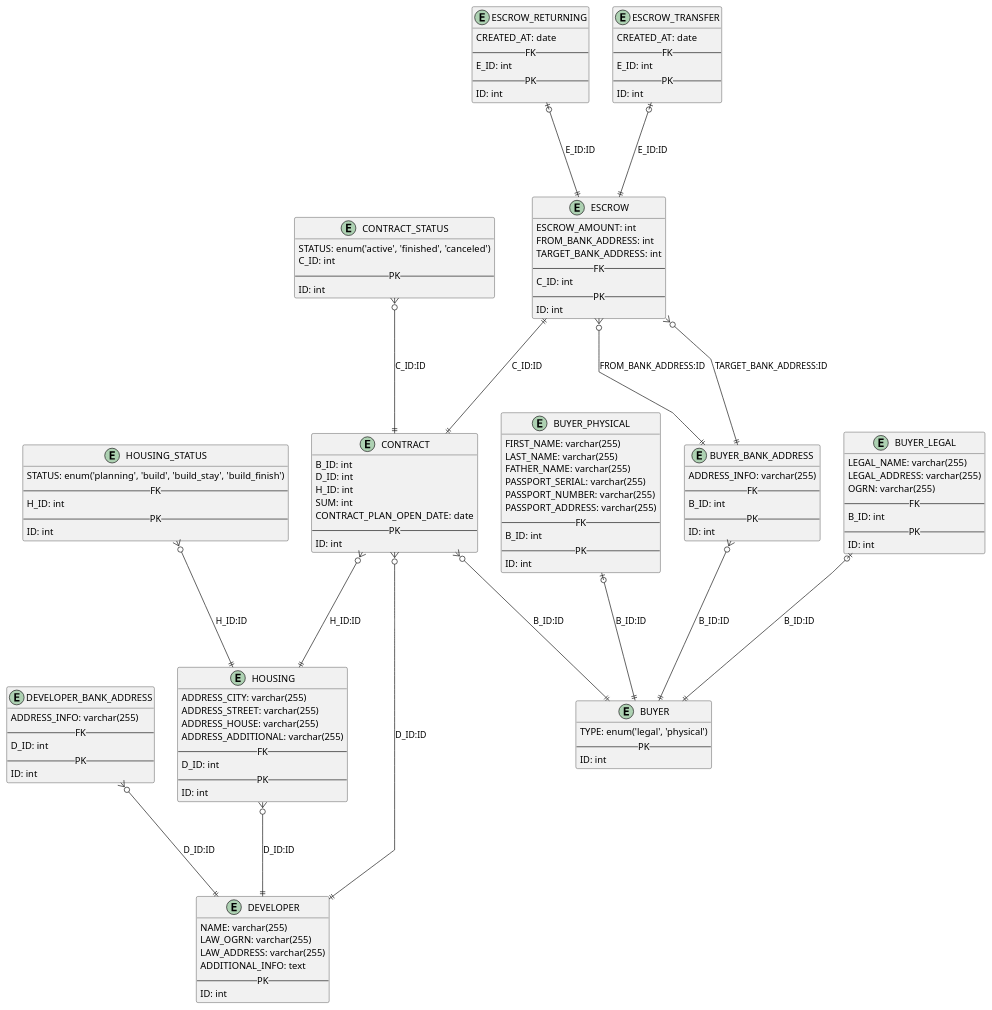
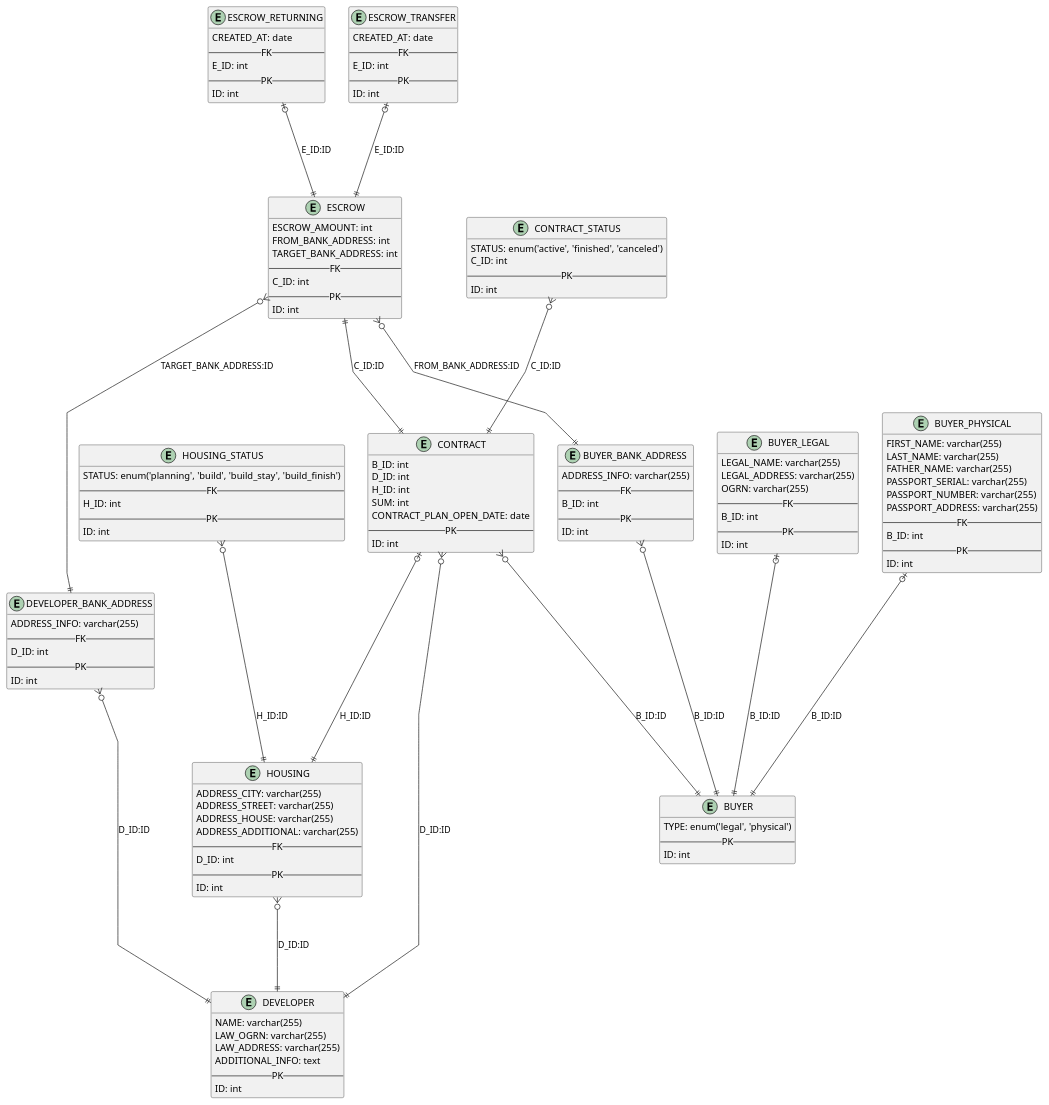
The diagram in datalogic.puml (a8fd65f76af502141ac8d5da1248c0e0/profi-se-2024-1), drawn with PlantUML before and after one commit. The commit also changed 5 other files, not shown here.

```diff
--- a/datalogic.puml
+++ b/datalogic.puml
@@ -1,131 +1,131 @@
 @startuml
 
 skinparam lineType polyline
 skinparam entity {
     BackgroundColor White
     BorderColor Black
     ArrowColor Black
 }
 
 entity BUYER {
    TYPE: enum('legal', 'physical')
    --PK--
    ID: int
 }
 entity BUYER_BANK_ADDRESS {
    ADDRESS_INFO: varchar(255)
    --FK--
    B_ID: int
    --PK--
    ID: int
 }
 entity BUYER_LEGAL {
    LEGAL_NAME: varchar(255)
    LEGAL_ADDRESS: varchar(255)
    OGRN: varchar(255)
    --FK--
    B_ID: int
    --PK--
    ID: int
 }
 entity BUYER_PHYSICAL {
    FIRST_NAME: varchar(255)
    LAST_NAME: varchar(255)
    FATHER_NAME: varchar(255)
    PASSPORT_SERIAL: varchar(255)
    PASSPORT_NUMBER: varchar(255)
    PASSPORT_ADDRESS: varchar(255)
    --FK--
    B_ID: int
    --PK--
    ID: int
 }
 entity CONTRACT {
    B_ID: int
    D_ID: int
    H_ID: int
    SUM: int
    CONTRACT_PLAN_OPEN_DATE: date
    --PK--
    ID: int
 }
 entity CONTRACT_STATUS {
    STATUS: enum('active', 'finished', 'canceled')
    C_ID: int
    --PK--
    ID: int
 }
 entity DEVELOPER {
    NAME: varchar(255)
    LAW_OGRN: varchar(255)
    LAW_ADDRESS: varchar(255)
    ADDITIONAL_INFO: text
    --PK--
    ID: int
 }
 entity DEVELOPER_BANK_ADDRESS {
    ADDRESS_INFO: varchar(255)
    --FK--
    D_ID: int
    --PK--
    ID: int
 }
 entity ESCROW {
    ESCROW_AMOUNT: int
    FROM_BANK_ADDRESS: int
    TARGET_BANK_ADDRESS: int
    --FK--
    C_ID: int
    --PK--
    ID: int
 }
 entity ESCROW_RETURNING {
    CREATED_AT: date
    --FK--
    E_ID: int
    --PK--
    ID: int
 }
 entity ESCROW_TRANSFER {
    CREATED_AT: date
    --FK--
    E_ID: int
    --PK--
    ID: int
 }
 entity HOUSING {
    ADDRESS_CITY: varchar(255)
    ADDRESS_STREET: varchar(255)
    ADDRESS_HOUSE: varchar(255)
    ADDRESS_ADDITIONAL: varchar(255)
    --FK--
    D_ID: int
    --PK--
    ID: int
 }
 
 entity HOUSING_STATUS {
    STATUS: enum('planning', 'build', 'build_stay', 'build_finish')
    --FK--
    H_ID: int
    --PK--
    ID: int
 }
 
 BUYER_BANK_ADDRESS       }o---||  BUYER                  : "B_ID:ID"
 BUYER_LEGAL             |o---||  BUYER                  : "B_ID:ID"
 BUYER_PHYSICAL          |o---||  BUYER                  : "B_ID:ID"
 CONTRACT                }o---||  BUYER                  : "B_ID:ID"
 CONTRACT                }o---||  DEVELOPER              : "D_ID:ID"
-CONTRACT                }o---||  HOUSING                : "H_ID:ID"
+CONTRACT                |o---||  HOUSING                : "H_ID:ID"
 CONTRACT_STATUS         }o---||  CONTRACT               : "C_ID:ID"
 DEVELOPER_BANK_ADDRESS   }o---||  DEVELOPER              : "D_ID:ID"
-ESCROW                   }o---||  BUYER_BANK_ADDRESS     : "TARGET_BANK_ADDRESS:ID"
+ESCROW                   }o---||  DEVELOPER_BANK_ADDRESS     : "TARGET_BANK_ADDRESS:ID"
 ESCROW                   }o---||  BUYER_BANK_ADDRESS     : "FROM_BANK_ADDRESS:ID"
 ESCROW                   ||---||  CONTRACT               : "C_ID:ID"
 ESCROW_RETURNING         |o---||  ESCROW                 : "E_ID:ID"
 ESCROW_TRANSFER         |o---||  ESCROW                 : "E_ID:ID"
 HOUSING                  }o---|| DEVELOPER              : "D_ID:ID"
 HOUSING_STATUS          }o---||  HOUSING                : "H_ID:ID"
 
 @enduml
```
